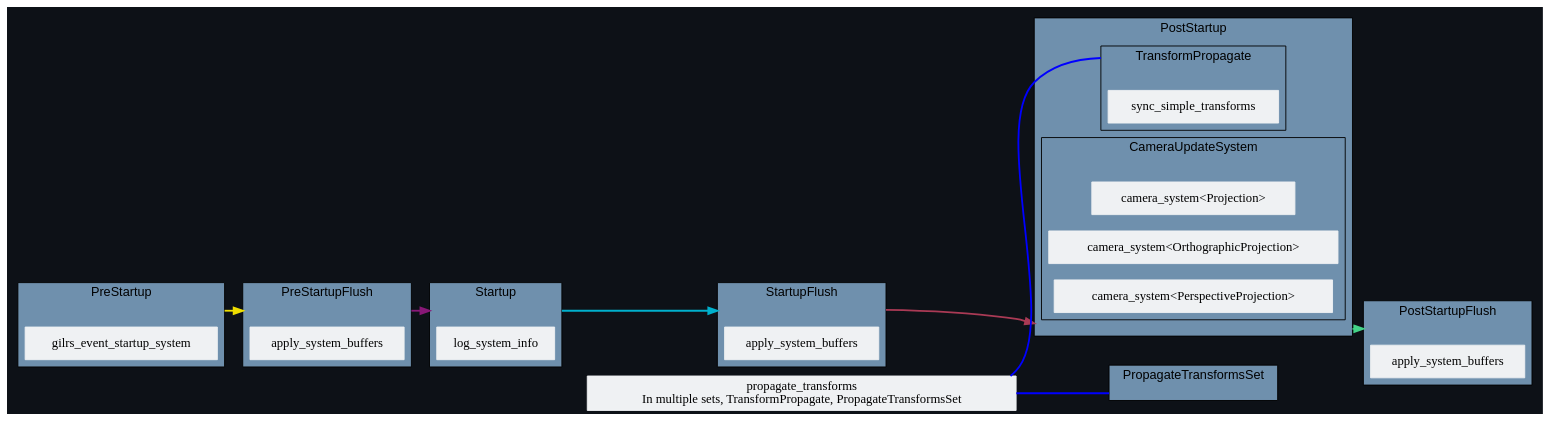
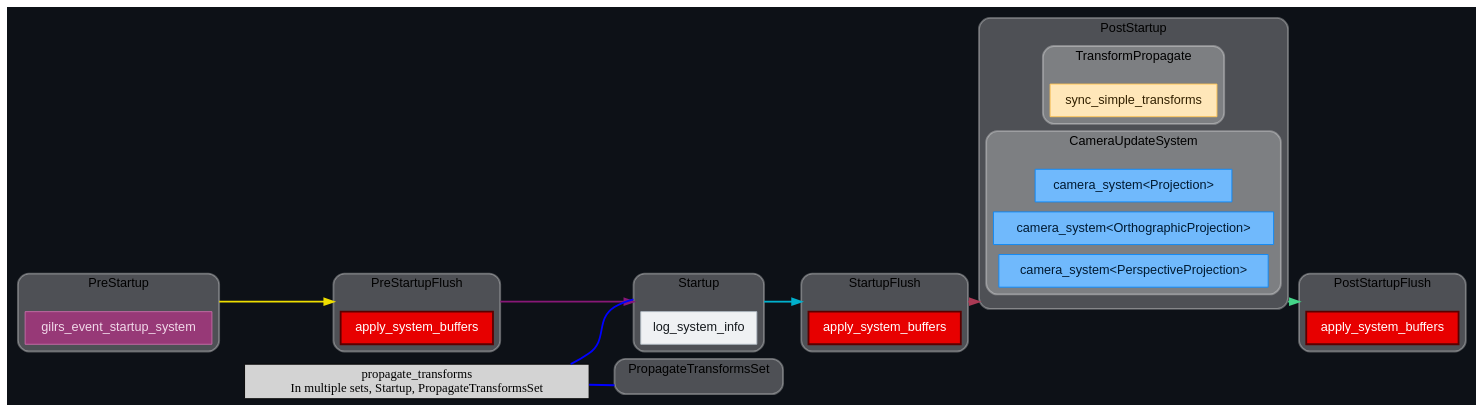
One commit to jakobhellermann/bevy_mod_debugdump changed the diagram in docs/schedule/dark/schedule_Startup.dot. Above: the diagram before and after it, drawn with Graphviz. The commit also changed 97 other files, not shown here.

```diff
--- a/docs/schedule/dark/schedule_Startup.dot
+++ b/docs/schedule/dark/schedule_Startup.dot
@@ -1,99 +1,118 @@
 digraph "" {
 	"compound"="true";
 	"splines"="spline";
 	"rankdir"="LR";
 	"bgcolor"="#0d1117";
 	"fontname"="Helvetica";
+	"nodesep"="0.15";
 	edge ["penwidth"="2"];
-	node ["shape"="box", "style"="filled", "fillcolor"="#eff1f3", "color"="#eff1f3"];
+	node ["shape"="box", "style"="filled"];
 	subgraph "clusternode_Set(0)" {
+		"style"="rounded,filled";
 		"label"="Startup";
 		"tooltip"="Startup";
-		"bgcolor"="#6f90ad";
-		"color"="black";
+		"fillcolor"="#ffffff44";
+		"color"="#ffffff50";
+		"penwidth"="2";
 		"set_marker_node_Set(0)" ["style"="invis", "label"="", "height"="0", "shape"="point"]
-		"node_System(5)" ["label"="log_system_info", "tooltip"="bevy_diagnostic::system_information_diagnostics_plugin::internal::log_system_info"]
+		"node_System(5)" ["label"="log_system_info", "tooltip"="bevy_diagnostic::system_information_diagnostics_plugin::internal::log_system_info", "fillcolor"="#eff1f3", "fontname"="Helvetica", "fontcolor"="#15191d", "color"="#b4bec7", "penwidth"="1"]
 	}
 	
 	subgraph "clusternode_Set(2)" {
+		"style"="rounded,filled";
 		"label"="PreStartupFlush";
 		"tooltip"="PreStartupFlush";
-		"bgcolor"="#6f90ad";
-		"color"="black";
+		"fillcolor"="#ffffff44";
+		"color"="#ffffff50";
+		"penwidth"="2";
 		"set_marker_node_Set(2)" ["style"="invis", "label"="", "height"="0", "shape"="point"]
-		"node_System(0)" ["label"="apply_system_buffers", "tooltip"="bevy_ecs::schedule::executor::apply_system_buffers"]
+		"node_System(0)" ["label"="apply_system_buffers", "tooltip"="bevy_ecs::schedule::executor::apply_system_buffers", "fillcolor"="#e70000", "fontname"="Helvetica", "fontcolor"="#ffffff", "color"="#5a0000", "penwidth"="2"]
 	}
 	
 	subgraph "clusternode_Set(3)" {
+		"style"="rounded,filled";
 		"label"="StartupFlush";
 		"tooltip"="StartupFlush";
-		"bgcolor"="#6f90ad";
-		"color"="black";
+		"fillcolor"="#ffffff44";
+		"color"="#ffffff50";
+		"penwidth"="2";
 		"set_marker_node_Set(3)" ["style"="invis", "label"="", "height"="0", "shape"="point"]
-		"node_System(1)" ["label"="apply_system_buffers", "tooltip"="bevy_ecs::schedule::executor::apply_system_buffers"]
+		"node_System(1)" ["label"="apply_system_buffers", "tooltip"="bevy_ecs::schedule::executor::apply_system_buffers", "fillcolor"="#e70000", "fontname"="Helvetica", "fontcolor"="#ffffff", "color"="#5a0000", "penwidth"="2"]
 	}
 	
 	subgraph "clusternode_Set(4)" {
+		"style"="rounded,filled";
 		"label"="PostStartupFlush";
 		"tooltip"="PostStartupFlush";
-		"bgcolor"="#6f90ad";
-		"color"="black";
+		"fillcolor"="#ffffff44";
+		"color"="#ffffff50";
+		"penwidth"="2";
 		"set_marker_node_Set(4)" ["style"="invis", "label"="", "height"="0", "shape"="point"]
-		"node_System(2)" ["label"="apply_system_buffers", "tooltip"="bevy_ecs::schedule::executor::apply_system_buffers"]
+		"node_System(2)" ["label"="apply_system_buffers", "tooltip"="bevy_ecs::schedule::executor::apply_system_buffers", "fillcolor"="#e70000", "fontname"="Helvetica", "fontcolor"="#ffffff", "color"="#5a0000", "penwidth"="2"]
 	}
 	
 	subgraph "clusternode_Set(5)" {
+		"style"="rounded,filled";
 		"label"="PreStartup";
 		"tooltip"="PreStartup";
-		"bgcolor"="#6f90ad";
-		"color"="black";
+		"fillcolor"="#ffffff44";
+		"color"="#ffffff50";
+		"penwidth"="2";
 		"set_marker_node_Set(5)" ["style"="invis", "label"="", "height"="0", "shape"="point"]
-		"node_System(9)" ["label"="gilrs_event_startup_system", "tooltip"="bevy_gilrs::gilrs_system::gilrs_event_startup_system"]
+		"node_System(9)" ["label"="gilrs_event_startup_system", "tooltip"="bevy_gilrs::gilrs_system::gilrs_event_startup_system", "fillcolor"="#973977", "fontname"="Helvetica", "fontcolor"="#f1d9e9", "color"="#c86da9", "penwidth"="1"]
 	}
 	
 	subgraph "clusternode_Set(6)" {
+		"style"="rounded,filled";
 		"label"="PostStartup";
 		"tooltip"="PostStartup";
-		"bgcolor"="#6f90ad";
-		"color"="black";
+		"fillcolor"="#ffffff44";
+		"color"="#ffffff50";
+		"penwidth"="2";
 		"set_marker_node_Set(6)" ["style"="invis", "label"="", "height"="0", "shape"="point"]
 		subgraph "clusternode_Set(7)" {
+			"style"="rounded,filled";
 			"label"="TransformPropagate";
 			"tooltip"="TransformPropagate";
-			"bgcolor"="#6f90ad";
-			"color"="black";
+			"fillcolor"="#ffffff44";
+			"color"="#ffffff50";
+			"penwidth"="2";
 			"set_marker_node_Set(7)" ["style"="invis", "label"="", "height"="0", "shape"="point"]
-			"node_System(3)" ["label"="sync_simple_transforms", "tooltip"="bevy_transform::systems::sync_simple_transforms"]
+			"node_System(3)" ["label"="sync_simple_transforms", "tooltip"="bevy_transform::systems::sync_simple_transforms", "fillcolor"="#ffe7b9", "fontname"="Helvetica", "fontcolor"="#322100", "color"="#ffc453", "penwidth"="1"]
 		}
 		
 		subgraph "clusternode_Set(12)" {
+			"style"="rounded,filled";
 			"label"="CameraUpdateSystem";
 			"tooltip"="CameraUpdateSystem";
-			"bgcolor"="#6f90ad";
-			"color"="black";
+			"fillcolor"="#ffffff44";
+			"color"="#ffffff50";
+			"penwidth"="2";
 			"set_marker_node_Set(12)" ["style"="invis", "label"="", "height"="0", "shape"="point"]
-			"node_System(6)" ["label"="camera_system<Projection>", "tooltip"="bevy_render::camera::camera::camera_system<bevy_render::camera::projection::Projection>"]
-			"node_System(7)" ["label"="camera_system<OrthographicProjection>", "tooltip"="bevy_render::camera::camera::camera_system<bevy_render::camera::projection::OrthographicProjection>"]
-			"node_System(8)" ["label"="camera_system<PerspectiveProjection>", "tooltip"="bevy_render::camera::camera::camera_system<bevy_render::camera::projection::PerspectiveProjection>"]
+			"node_System(6)" ["label"="camera_system<Projection>", "tooltip"="bevy_render::camera::camera::camera_system<bevy_render::camera::projection::Projection>", "fillcolor"="#70b9fc", "fontname"="Helvetica", "fontcolor"="#011a31", "color"="#0c88f9", "penwidth"="1"]
+			"node_System(7)" ["label"="camera_system<OrthographicProjection>", "tooltip"="bevy_render::camera::camera::camera_system<bevy_render::camera::projection::OrthographicProjection>", "fillcolor"="#70b9fc", "fontname"="Helvetica", "fontcolor"="#011a31", "color"="#0c88f9", "penwidth"="1"]
+			"node_System(8)" ["label"="camera_system<PerspectiveProjection>", "tooltip"="bevy_render::camera::camera::camera_system<bevy_render::camera::projection::PerspectiveProjection>", "fillcolor"="#70b9fc", "fontname"="Helvetica", "fontcolor"="#011a31", "color"="#0c88f9", "penwidth"="1"]
 		}
 		
 	}
 	
 	subgraph "clusternode_Set(9)" {
+		"style"="rounded,filled";
 		"label"="PropagateTransformsSet";
 		"tooltip"="PropagateTransformsSet";
-		"bgcolor"="#6f90ad";
-		"color"="black";
+		"fillcolor"="#ffffff44";
+		"color"="#ffffff50";
+		"penwidth"="2";
 		"set_marker_node_Set(9)" ["style"="invis", "label"="", "height"="0", "shape"="point"]
 	}
 	
-	"node_System(4)" -> "set_marker_node_Set(7)" ["dir"="none", "color"="blue", "lhead"="clusternode_Set(7)"]
+	"node_System(4)" -> "set_marker_node_Set(0)" ["dir"="none", "color"="blue", "lhead"="clusternode_Set(0)"]
 	"node_System(4)" -> "set_marker_node_Set(9)" ["dir"="none", "color"="blue", "lhead"="clusternode_Set(9)"]
 	"node_System(4)" ["label"="propagate_transforms
-In multiple sets, TransformPropagate, PropagateTransformsSet", "tooltip"="bevy_transform::systems::propagate_transforms"]
+In multiple sets, Startup, PropagateTransformsSet", "tooltip"="bevy_transform::systems::propagate_transforms"]
 	"set_marker_node_Set(5)" -> "set_marker_node_Set(2)" ["lhead"="clusternode_Set(2)", "ltail"="clusternode_Set(5)", "tooltip"="PreStartup → PreStartupFlush", "color"="#eede00"]
 	"set_marker_node_Set(2)" -> "set_marker_node_Set(0)" ["lhead"="clusternode_Set(0)", "ltail"="clusternode_Set(2)", "tooltip"="PreStartupFlush → Startup", "color"="#881877"]
 	"set_marker_node_Set(0)" -> "set_marker_node_Set(3)" ["lhead"="clusternode_Set(3)", "ltail"="clusternode_Set(0)", "tooltip"="Startup → StartupFlush", "color"="#00b0cc"]
 	"set_marker_node_Set(3)" -> "set_marker_node_Set(6)" ["lhead"="clusternode_Set(6)", "ltail"="clusternode_Set(3)", "tooltip"="StartupFlush → PostStartup", "color"="#aa3a55"]
 	"set_marker_node_Set(6)" -> "set_marker_node_Set(4)" ["lhead"="clusternode_Set(4)", "ltail"="clusternode_Set(6)", "tooltip"="PostStartup → PostStartupFlush", "color"="#44d488"]
 }
```
